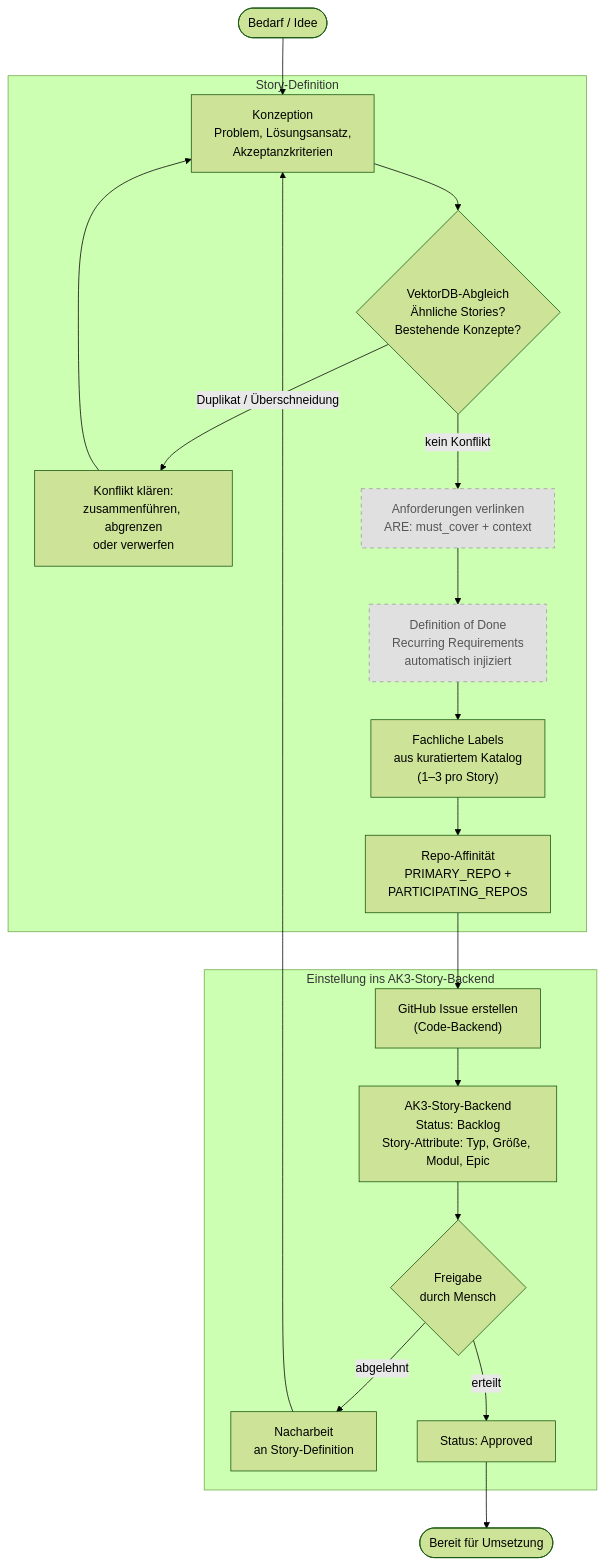
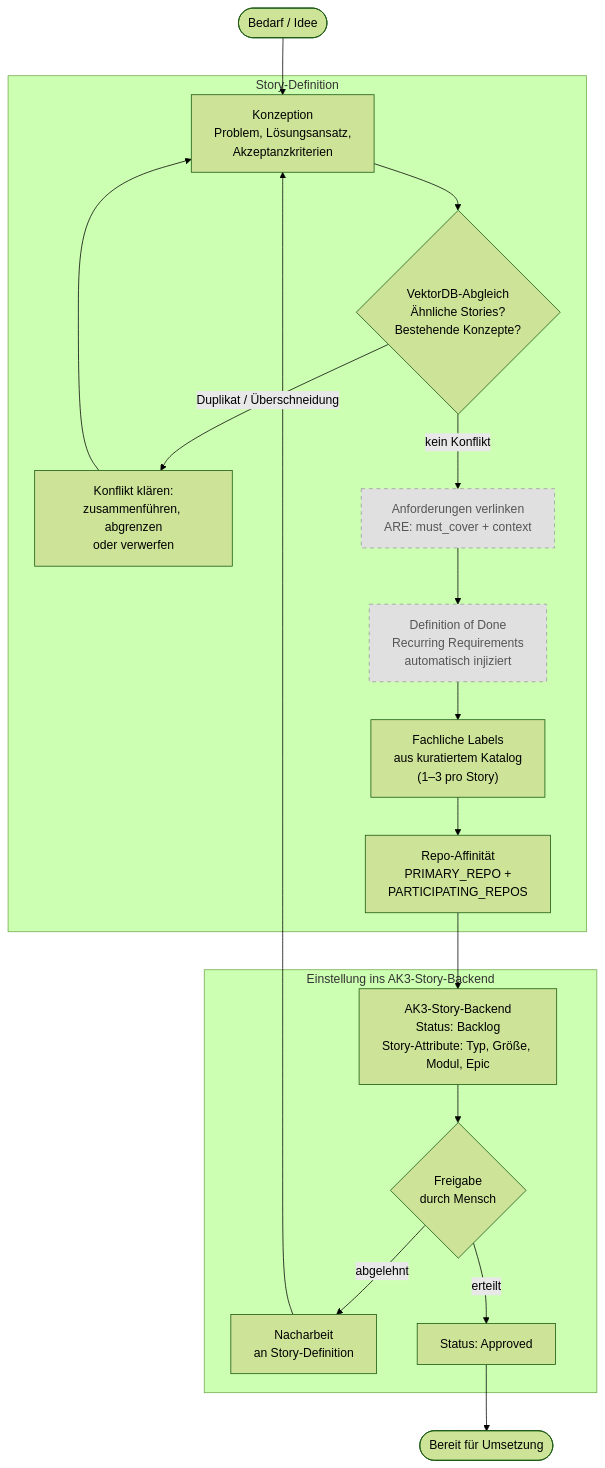
One commit to saltenhof/claude-agentkit3 changed the diagram in concept/domain-design/10-story-lifecycle-und-erstellung.md. Above: the diagram before and after it, drawn with Mermaid (forest theme). The commit also changed other lines of this file and 32 other files, not shown here.

First line of the commit message:
Konzept-Cleanup: GitHub Issues und GraphQL komplett entfernen

````diff
--- a/concept/domain-design/10-story-lifecycle-und-erstellung.md
+++ b/concept/domain-design/10-story-lifecycle-und-erstellung.md
@@ -90,31 +90,30 @@
 ```mermaid
 flowchart TD
     classDef optional fill:#e0e0e0,stroke:#999,stroke-dasharray: 5 5,color:#555
 
     TRIGGER([Bedarf / Idee]) --> KONZEPT
 
     subgraph DEFINITION [Story-Definition]
         KONZEPT["Konzeption<br/>Problem, Lösungsansatz,<br/>Akzeptanzkriterien"]
         KONZEPT --> VEKTORDB{"VektorDB-Abgleich<br/>Ähnliche Stories?<br/>Bestehende Konzepte?"}
         VEKTORDB -->|Duplikat / Überschneidung| REVIEW_CONFLICT["Konflikt klären:<br/>zusammenführen, abgrenzen<br/>oder verwerfen"]
         REVIEW_CONFLICT --> KONZEPT
         VEKTORDB -->|kein Konflikt| ANFORDERUNGEN
         ANFORDERUNGEN["Anforderungen verlinken<br/>ARE: must_cover + context"]:::optional
         ANFORDERUNGEN --> DOD["Definition of Done<br/>Recurring Requirements<br/>automatisch injiziert"]:::optional
         DOD --> LABELS["Fachliche Labels<br/>aus kuratiertem Katalog<br/>(1–3 pro Story)"]
         LABELS --> REPO_AFF["Repo-Affinität<br/>PRIMARY_REPO +<br/>PARTICIPATING_REPOS"]
     end
 
-    REPO_AFF --> GITHUB
+    REPO_AFF --> PROJECT
 
     subgraph EINSTELLUNG [Einstellung ins AK3-Story-Backend]
-        GITHUB["GitHub Issue erstellen<br/>(Code-Backend)"]
-        GITHUB --> PROJECT["AK3-Story-Backend<br/>Status: Backlog<br/>Story-Attribute: Typ, Größe, Modul, Epic"]
+        PROJECT["AK3-Story-Backend<br/>Status: Backlog<br/>Story-Attribute: Typ, Größe, Modul, Epic"]
         PROJECT --> FREIGABE{"Freigabe<br/>durch Mensch"}
         FREIGABE -->|abgelehnt| REWORK["Nacharbeit<br/>an Story-Definition"]
         REWORK --> KONZEPT
         FREIGABE -->|erteilt| APPROVED["Status: Approved"]
     end
 
     APPROVED --> READY([Bereit für Umsetzung])
 ```
````
